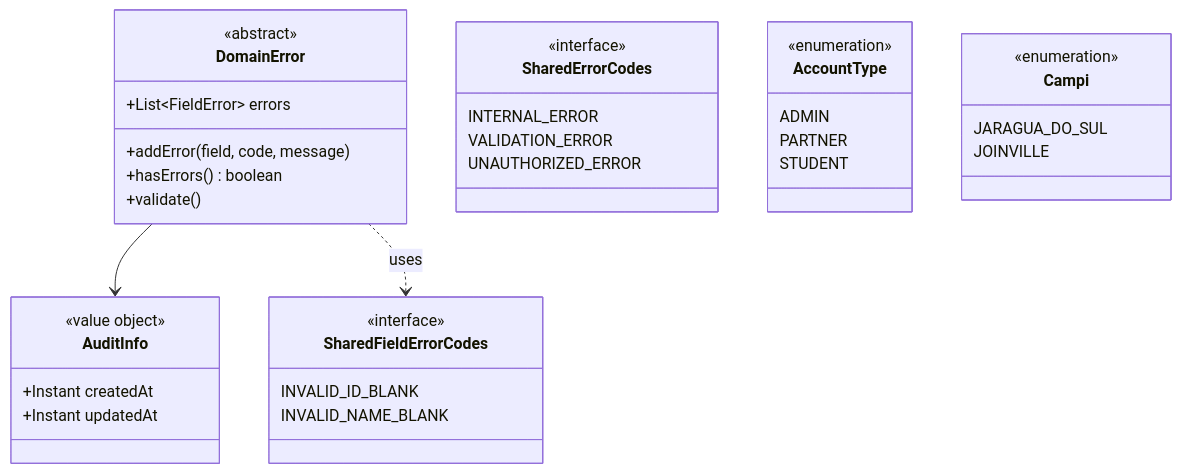
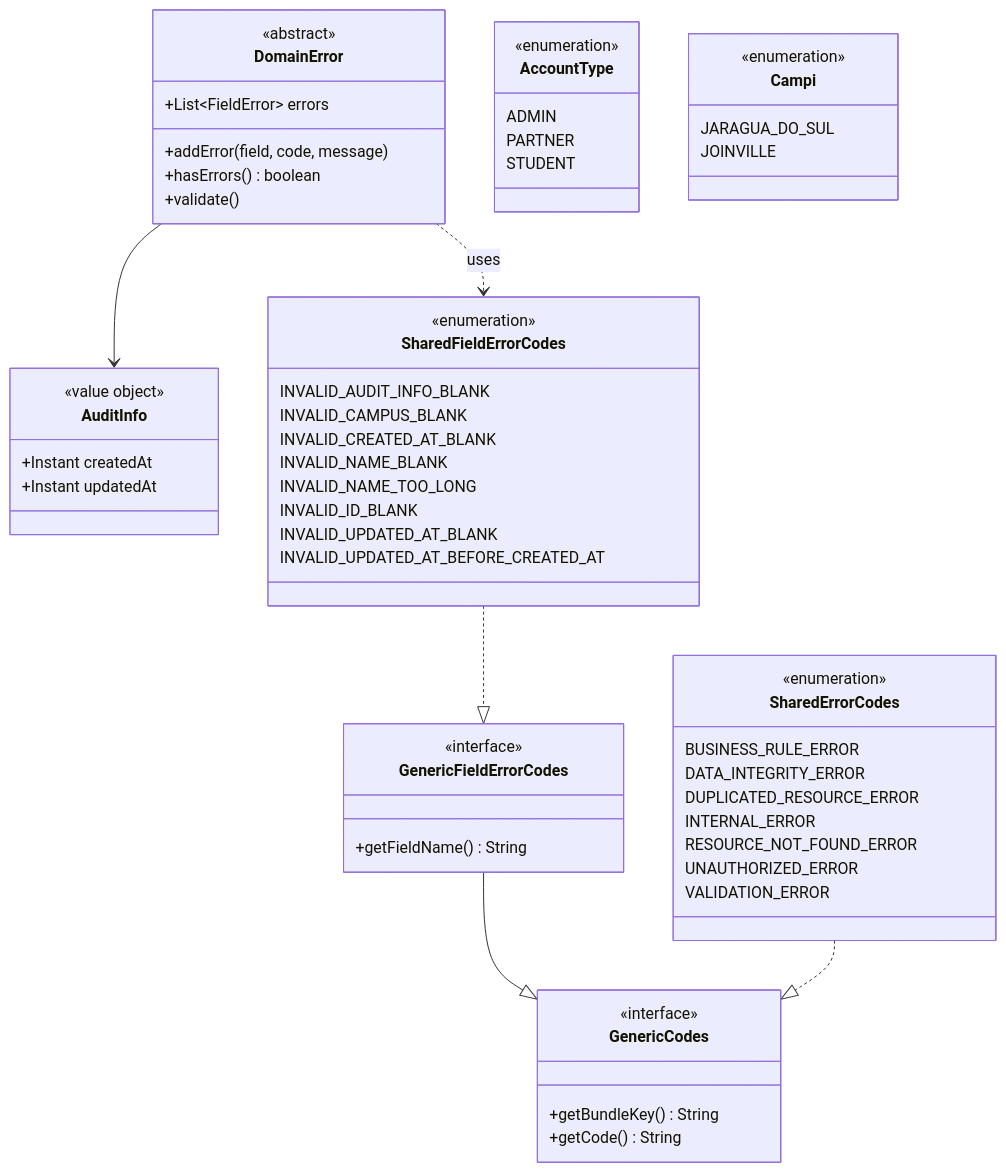
One commit to Plataforma-Universidade-Gratuita/pug-service changed the first of 9 diagrams in src/main/java/com/pug/shared/README.md. Above: the diagram before and after it, drawn with Mermaid. The commit also changed other lines of this file and 31 other files, not shown here.

````diff
--- a/src/main/java/com/pug/shared/README.md
+++ b/src/main/java/com/pug/shared/README.md
@@ -11,45 +11,69 @@
 ```mermaid
 classDiagram
     class DomainError {
         <<abstract>>
         +List~FieldError~ errors
         +addError(field, code, message)
         +hasErrors() boolean
         +validate()
     }
 
     class AuditInfo {
         <<value object>>
         +Instant createdAt
         +Instant updatedAt
     }
 
+    class GenericCodes {
+        <<interface>>
+        +getBundleKey() String
+        +getCode() String
+    }
+
+    class GenericFieldErrorCodes {
+        <<interface>>
+        +getFieldName() String
+    }
+
     class SharedErrorCodes {
-        <<interface>>
+        <<enumeration>>
+        BUSINESS_RULE_ERROR
+        DATA_INTEGRITY_ERROR
+        DUPLICATED_RESOURCE_ERROR
         INTERNAL_ERROR
+        RESOURCE_NOT_FOUND_ERROR
+        UNAUTHORIZED_ERROR
         VALIDATION_ERROR
-        UNAUTHORIZED_ERROR
     }
 
     class SharedFieldErrorCodes {
-        <<interface>>
+        <<enumeration>>
+        INVALID_AUDIT_INFO_BLANK
+        INVALID_CAMPUS_BLANK
+        INVALID_CREATED_AT_BLANK
+        INVALID_NAME_BLANK
+        INVALID_NAME_TOO_LONG
         INVALID_ID_BLANK
-        INVALID_NAME_BLANK
+        INVALID_UPDATED_AT_BLANK
+        INVALID_UPDATED_AT_BEFORE_CREATED_AT
     }
 
     class AccountType {
         <<enumeration>>
         ADMIN
         PARTNER
         STUDENT
     }
 
     class Campi {
         <<enumeration>>
         JARAGUA_DO_SUL
         JOINVILLE
     }
 
+    GenericFieldErrorCodes --|> GenericCodes
+    SharedErrorCodes ..|> GenericCodes
+    SharedFieldErrorCodes ..|> GenericFieldErrorCodes
     DomainError --> AuditInfo
     DomainError ..> SharedFieldErrorCodes : uses
 ```
````
